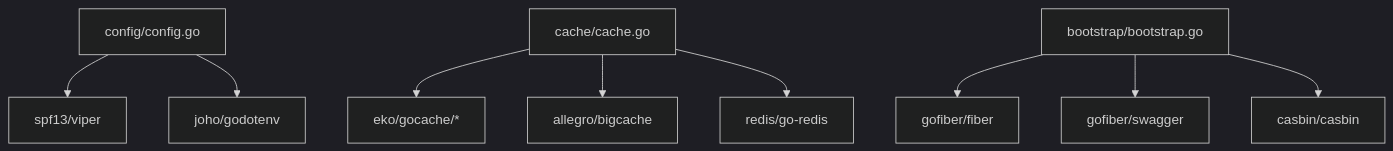
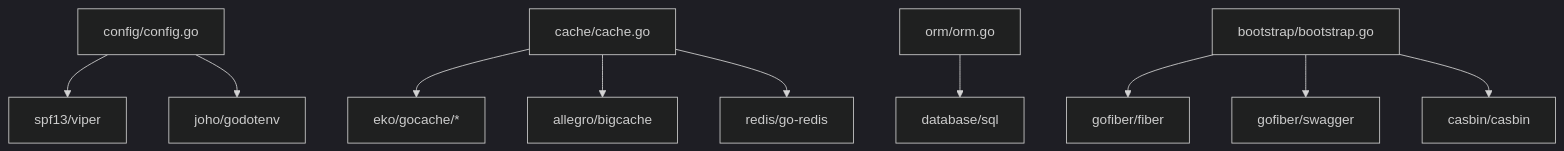
Before and after one commit to wuwuseo/cmf: the sixth of 6 diagrams in .qoder/repowiki/zh/content/配置管理.md, drawn with Mermaid (dark theme). The commit also changed other lines of this file and 5 other files, not shown here.

````diff
--- a/.qoder/repowiki/zh/content/配置管理.md
+++ b/.qoder/repowiki/zh/content/配置管理.md
@@ -333,19 +413,21 @@
 ```mermaid
 graph TB
 Viper["spf13/viper"]
 Dotenv["joho/godotenv"]
 GCache["eko/gocache/*"]
 BigCache["allegro/bigcache"]
 RedisCli["redis/go-redis"]
+SQL["database/sql"]
 Fiber["gofiber/fiber"]
 Swagger["gofiber/swagger"]
 Casbin["casbin/casbin"]
 CFG["config/config.go"] --> Viper
 CFG --> Dotenv
 Cache["cache/cache.go"] --> GCache
 Cache --> BigCache
 Cache --> RedisCli
+DB["orm/orm.go"] --> SQL
 Boot["bootstrap/bootstrap.go"] --> Fiber
 Boot --> Swagger
 Boot --> Casbin
 ```
````
